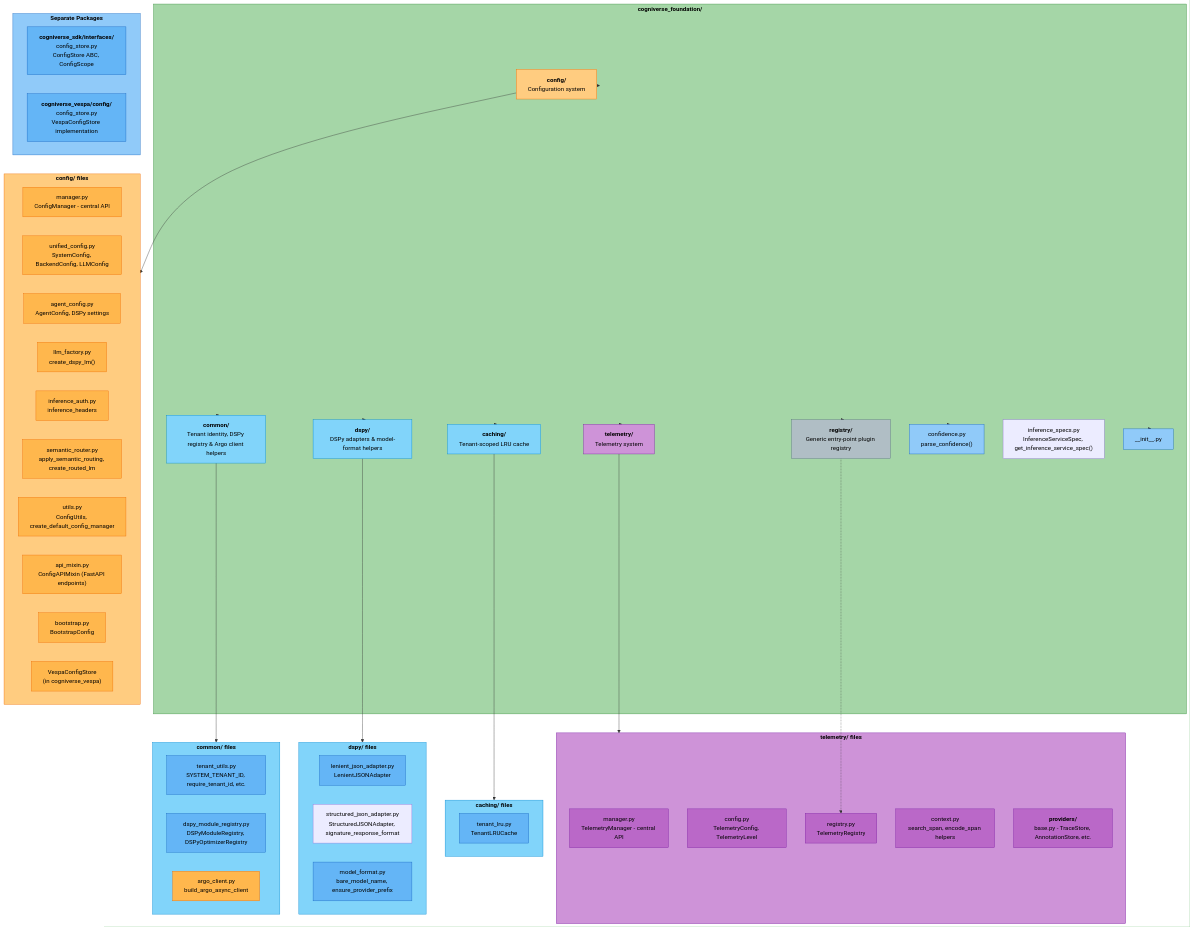
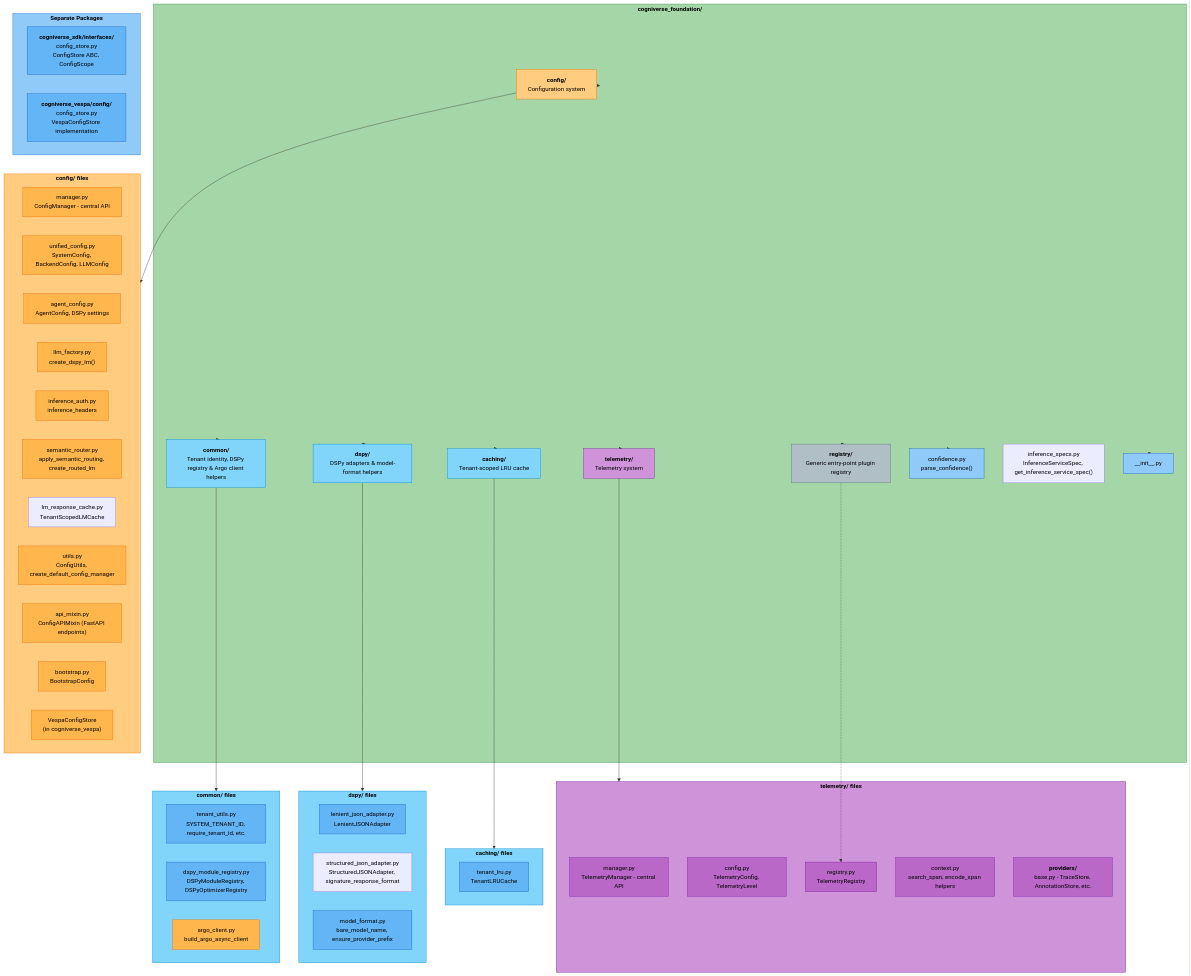
One commit to amit-jain/cogniverse changed the first of 3 diagrams in docs/modules/foundation.md. Above: the diagram before and after it, drawn with Mermaid. The commit also changed other lines of this file and 27 other files, not shown here.

```diff
--- a/docs/modules/foundation.md
+++ b/docs/modules/foundation.md
@@ -68,6 +68,7 @@
         LlmFactory["<span style='color:#000'>llm_factory.py<br/>create_dspy_lm()</span>"]
         InferenceAuth["<span style='color:#000'>inference_auth.py<br/>inference_headers</span>"]
         SemanticRouterFile["<span style='color:#000'>semantic_router.py<br/>apply_semantic_routing, create_routed_lm</span>"]
+        LmResponseCache["<span style='color:#000'>lm_response_cache.py<br/>TenantScopedLMCache</span>"]
         Utils["<span style='color:#000'>utils.py<br/>ConfigUtils, create_default_config_manager</span>"]
         ApiMixin["<span style='color:#000'>api_mixin.py<br/>ConfigAPIMixin (FastAPI endpoints)</span>"]
         Bootstrap["<span style='color:#000'>bootstrap.py<br/>BootstrapConfig</span>"]
```
